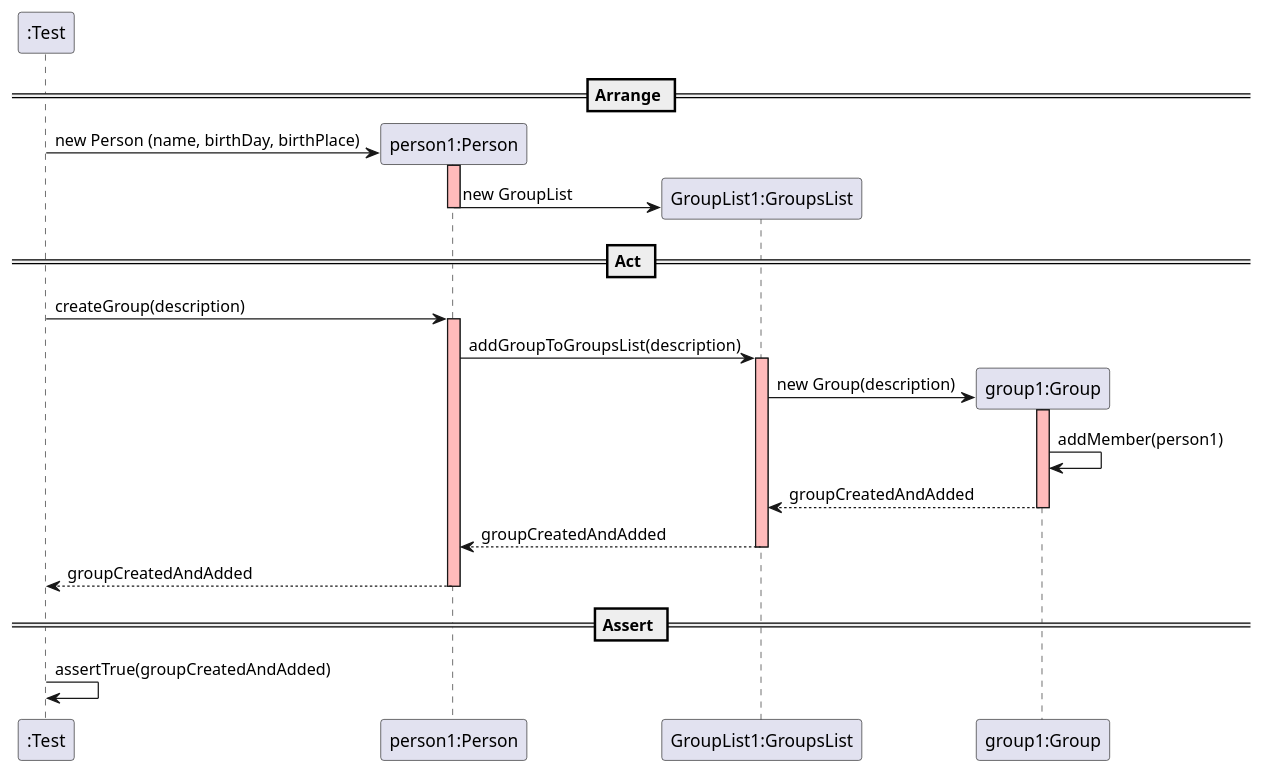
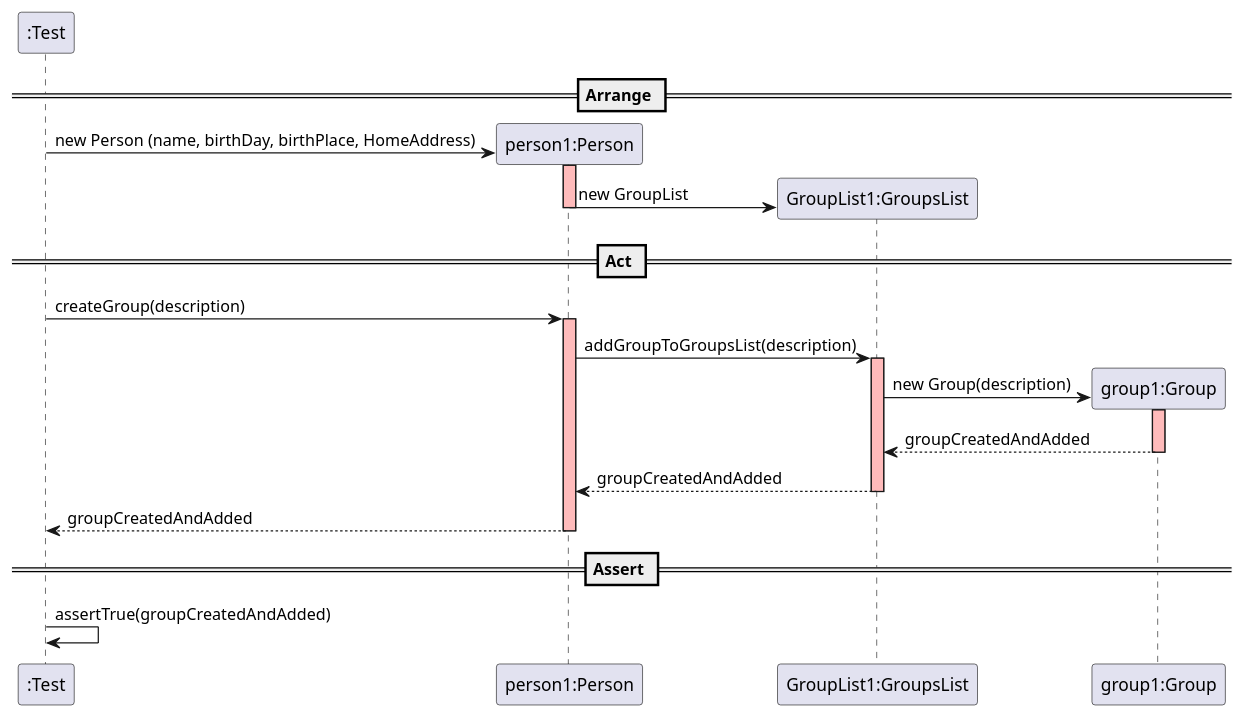
The diagram in docs/SequenceDiagram - US002.puml (mleitaoribeiro/DevOpsMaven), drawn with PlantUML before and after one commit.

```diff
--- a/docs/SequenceDiagram - US002.puml
+++ b/docs/SequenceDiagram - US002.puml
@@ -1,44 +1,88 @@
 @startuml
 
 create ":Test"
 
 == Arrange ==
 
 create "person1:Person"
-":Test" -> "person1:Person" : new Person (name, birthDay, birthPlace)
+":Test" -> "person1:Person" : new Person (name, birthDay, birthPlace, HomeAddress)
 activate "person1:Person" #FFBBBB
 
 create "GroupList1:GroupsList"
 "person1:Person" -> "GroupList1:GroupsList" : new GroupList
 deactivate "person1:Person" #FFBBBB
 
 == Act ==
 
 
 ":Test" -> "person1:Person" : createGroup(description)
 activate "person1:Person" #FFBBBB
 
 "person1:Person" -> "GroupList1:GroupsList" : addGroupToGroupsList(description)
 activate "GroupList1:GroupsList" #FFBBBB
 
 create "group1:Group"
 "GroupList1:GroupsList" -> "group1:Group" : new Group(description)
 activate "group1:Group" #FFBBBB
 
-"group1:Group" -> "group1:Group" : addMember(person1)
+
+
+
+
+
+
+
+
+
+
+
+
+
+
+
+
+
+
+
+
+
+
+
+
+
+
+
+
+
+
+
+
+
+
+
+
+
+
+
+
+
+
+
+
+
 
 
 "group1:Group" --> "GroupList1:GroupsList" : groupCreatedAndAdded
 deactivate "group1:Group" #FFBBBB
 
 "GroupList1:GroupsList" --> "person1:Person" : groupCreatedAndAdded
 deactivate "GroupList1:GroupsList" #FFBBBB
 
 "person1:Person" --> ":Test" : groupCreatedAndAdded
 deactivate  "person1:Person" #FFBBBB
 
 == Assert ==
 
 ":Test" -> ":Test" : assertTrue(groupCreatedAndAdded)
 
 @enduml
```
